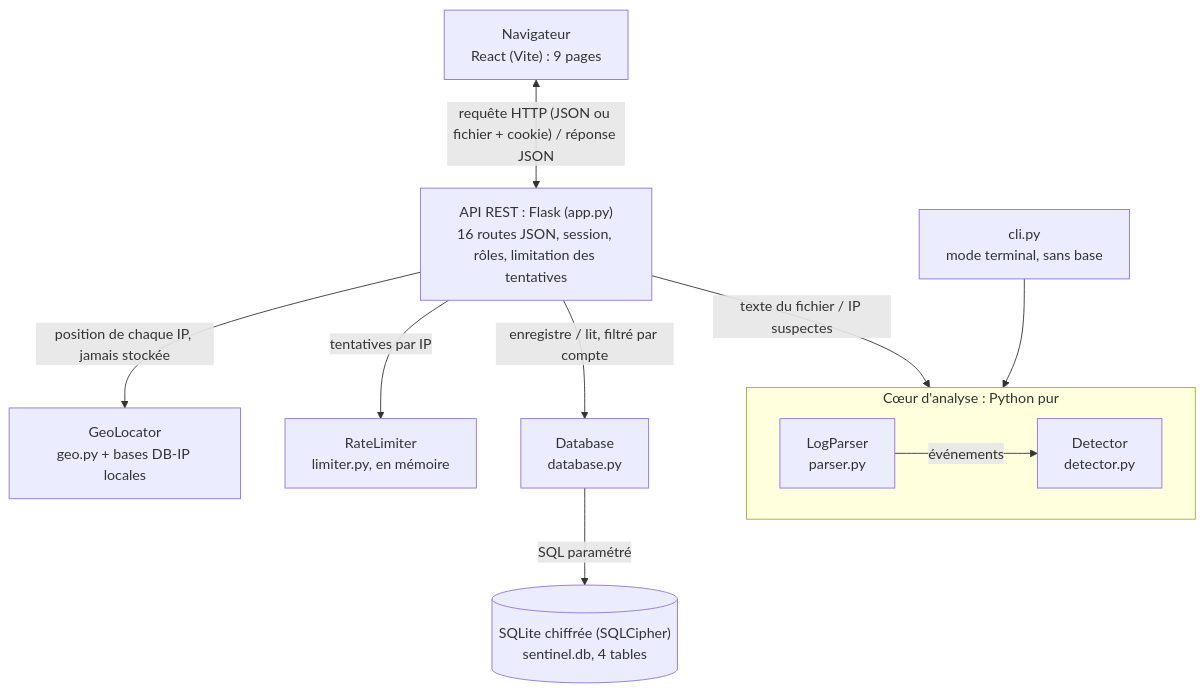
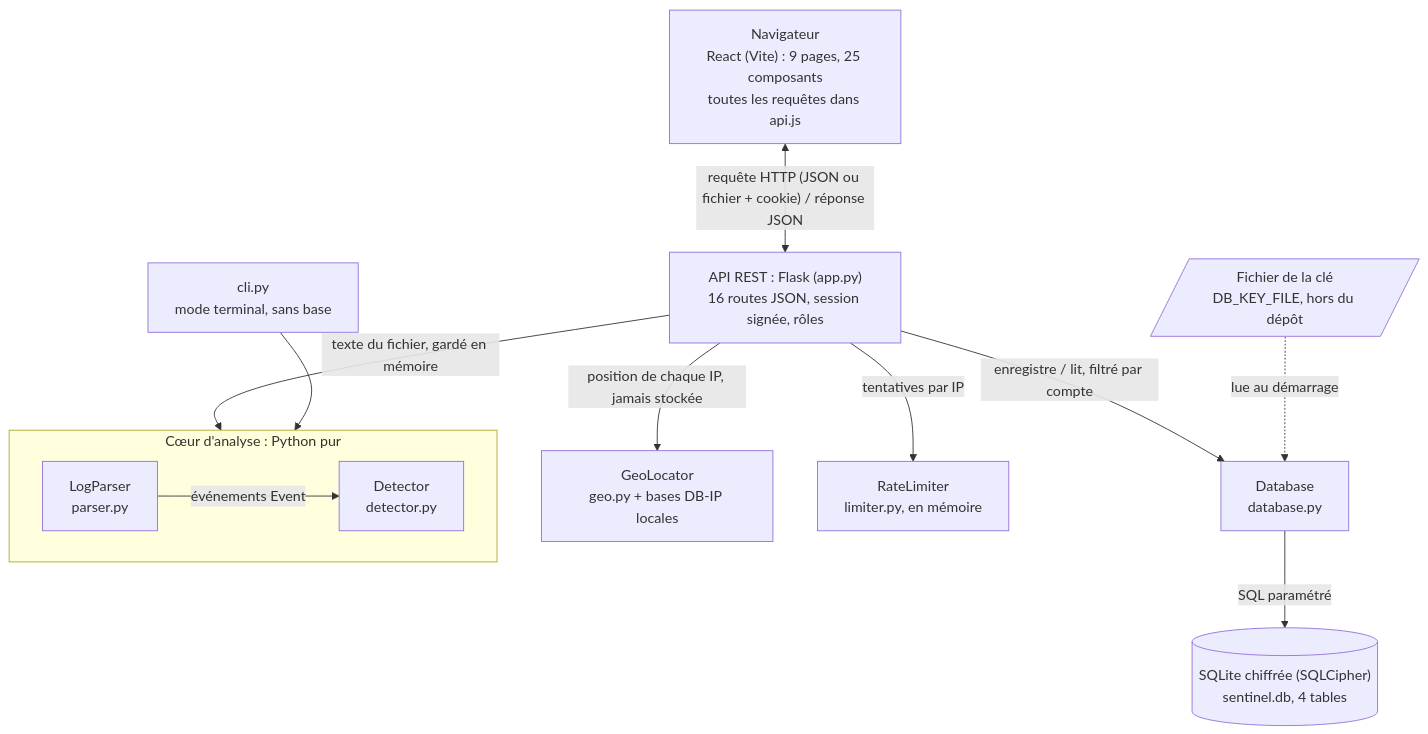
The second of 11 diagrams in docs/diagrammes.md (anil-akr/sentinelssh), drawn with Mermaid before and after one commit. The commit also changed other lines of this file and 17 other files, not shown here.

Commit message:
docs: refresh README, API reference, diagrams, decisions and test report

````diff
--- a/docs/diagrammes.md
+++ b/docs/diagrammes.md
@@ -8,21 +61,23 @@
 ```mermaid
 flowchart TB
-    nav["Navigateur<br/>React (Vite) : 9 pages"]
-    api["API REST : Flask (app.py)<br/>16 routes JSON, session, rôles, limitation des tentatives"]
+    nav["Navigateur<br/>React (Vite) : 9 pages, 25 composants<br/>toutes les requêtes dans api.js"]
+    api["API REST : Flask (app.py)<br/>16 routes JSON, session signée, rôles"]
     cli["cli.py<br/>mode terminal, sans base"]
     subgraph coeur["Cœur d'analyse : Python pur"]
-        parser["LogParser<br/>parser.py"] -- événements --> detector["Detector<br/>detector.py"]
+        parser["LogParser<br/>parser.py"] -- "événements Event" --> detector["Detector<br/>detector.py"]
     end
     geo["GeoLocator<br/>geo.py + bases DB-IP locales"]
     limiter["RateLimiter<br/>limiter.py, en mémoire"]
     db["Database<br/>database.py"]
     sqlite[("SQLite chiffrée (SQLCipher)<br/>sentinel.db, 4 tables")]
+    key[/"Fichier de la clé<br/>DB_KEY_FILE, hors du dépôt"/]
 
     nav <-- "requête HTTP (JSON ou fichier + cookie) / réponse JSON" --> api
-    api -- "texte du fichier / IP suspectes" --> coeur
+    api -- "texte du fichier, gardé en mémoire" --> coeur
     cli --> coeur
     api -- "position de chaque IP, jamais stockée" --> geo
     api -- "tentatives par IP" --> limiter
     api -- "enregistre / lit, filtré par compte" --> db
     db -- "SQL paramétré" --> sqlite
+    key -. "lue au démarrage" .-> db
 ```
````
